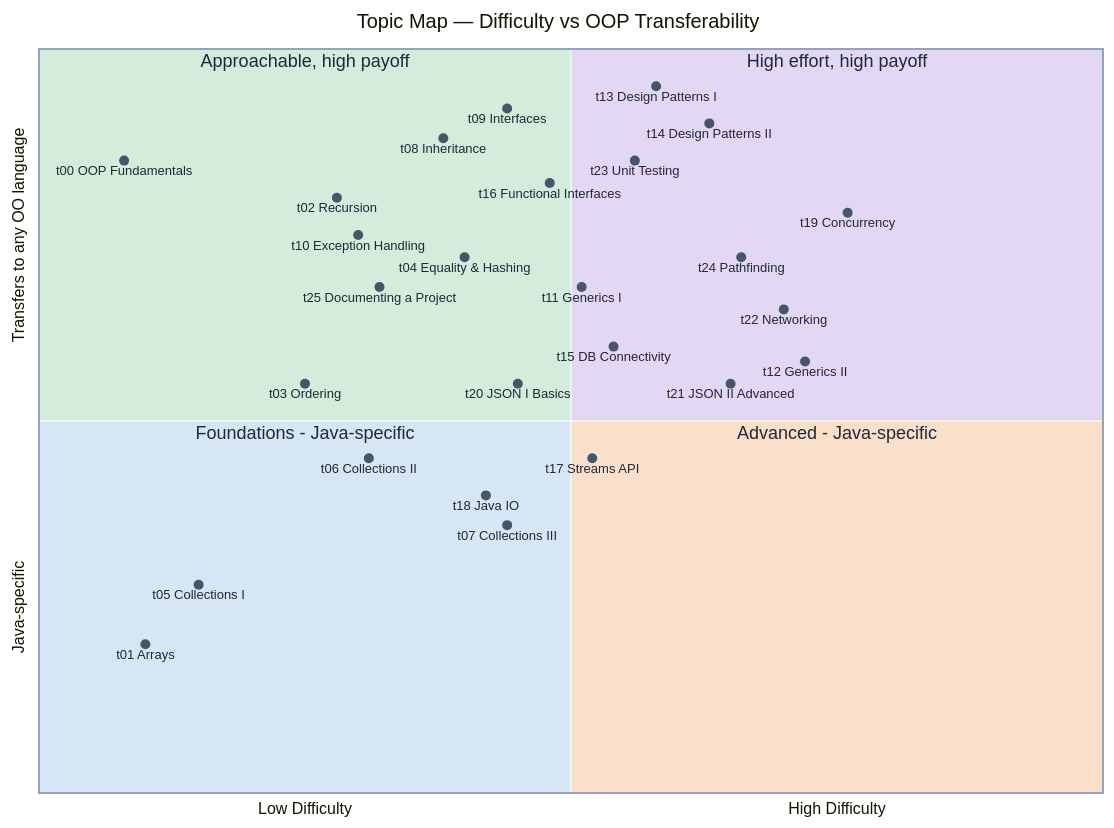
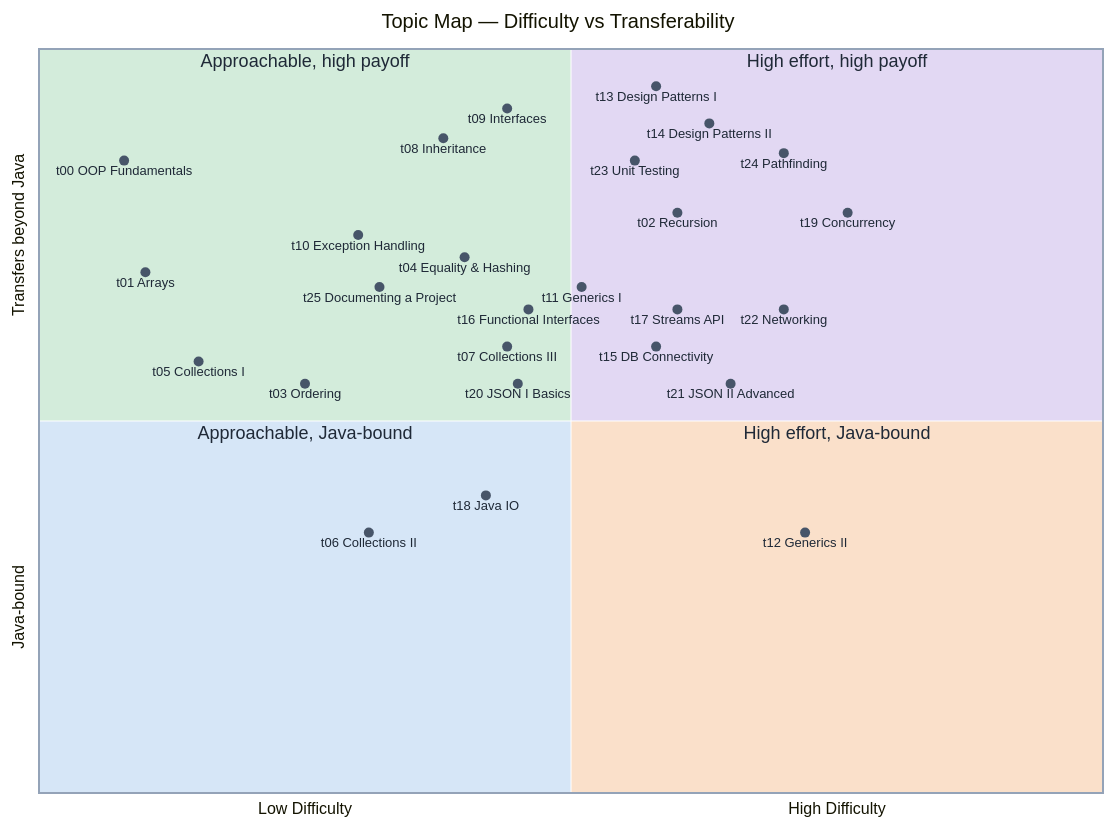
The second of 2 diagrams in README.md (nmcguinness/L8-OOP-Module-Content), drawn with Mermaid before and after one commit. The commit also changed other lines of this file and 2 other files, not shown here.

Commit message:
Updated quadrant diagram to reflect difficulty of amended topics

````diff
--- a/README.md
+++ b/README.md
@@ -174,39 +174,39 @@
 ```mermaid
 %%{init: {"quadrantChart": {"chartWidth": 1100, "chartHeight": 820, "pointLabelFontSize": 13, "pointRadius": 5, "quadrantLabelFontSize": 18, "titleFontSize": 20, "axisLabelFontSize": 14, "pointTextMargin": 4}, "themeVariables": {"quadrant1Fill": "#E2D8F3", "quadrant2Fill": "#D3ECDB", "quadrant3Fill": "#D6E6F7", "quadrant4Fill": "#FAE0CA", "quadrant1TextFill": "#1F2937", "quadrant2TextFill": "#1F2937", "quadrant3TextFill": "#1F2937", "quadrant4TextFill": "#1F2937", "quadrantPointFill": "#475569", "quadrantPointTextFill": "#1F2937", "quadrantInternalBorderStrokeFill": "#FFFFFF", "quadrantExternalBorderStrokeFill": "#94A3B8"}, "themeCSS": ".quadrant text { font-weight: 700; }"}}%%
 quadrantChart
-    accTitle: Topic map - difficulty against how well each topic transfers beyond Java
-    accDescr: Each topic is plotted on two axes. The x-axis is difficulty, low to high. The y-axis is how well the idea transfers to other object-oriented languages, from Java-specific at the bottom to widely transferable at the top. Topics in the top right cost the most effort and give the most lasting value; those in the bottom left are Java-specific foundations.
-    title Topic Map — Difficulty vs OOP Transferability
+    accTitle: Topic map - difficulty against how far each topic transfers beyond Java
+    accDescr: Each topic is plotted on two axes. The x-axis is difficulty, low to high. The y-axis is how far the idea transfers beyond Java, from Java-bound at the bottom to widely transferable at the top. Topics in the top right cost the most effort and give the most lasting value; those in the bottom half are tied more closely to Java.
+    title Topic Map — Difficulty vs Transferability
     x-axis Low Difficulty --> High Difficulty
-    y-axis Java-specific --> Transfers to any OO language
+    y-axis Java-bound --> Transfers beyond Java
     quadrant-1 High effort, high payoff
     quadrant-2 Approachable, high payoff
-    quadrant-3 Foundations - Java-specific
-    quadrant-4 Advanced - Java-specific
+    quadrant-3 Approachable, Java-bound
+    quadrant-4 High effort, Java-bound
     t00 OOP Fundamentals: [0.08, 0.85]
-    t01 Arrays: [0.10, 0.20]
-    t02 Recursion: [0.28, 0.80]
+    t01 Arrays: [0.10, 0.70]
+    t02 Recursion: [0.60, 0.78]
     t03 Ordering: [0.25, 0.55]
     t04 Equality & Hashing: [0.40, 0.72]
-    t05 Collections I: [0.15, 0.28]
-    t06 Collections II: [0.31, 0.45]
-    t07 Collections III: [0.44, 0.36]
+    t05 Collections I: [0.15, 0.58]
+    t06 Collections II: [0.31, 0.35]
+    t07 Collections III: [0.44, 0.60]
     t08 Inheritance: [0.38, 0.88]
     t09 Interfaces: [0.44, 0.92]
     t10 Exception Handling: [0.30, 0.75]
     t11 Generics I: [0.51, 0.68]
-    t12 Generics II: [0.72, 0.58]
+    t12 Generics II: [0.72, 0.35]
     t13 Design Patterns I: [0.58, 0.95]
     t14 Design Patterns II: [0.63, 0.90]
-    t15 DB Connectivity: [0.54, 0.60]
-    t16 Functional Interfaces: [0.48, 0.82]
-    t17 Streams API: [0.52, 0.45]
+    t15 DB Connectivity: [0.58, 0.60]
+    t16 Functional Interfaces: [0.46, 0.65]
+    t17 Streams API: [0.60, 0.65]
     t18 Java IO: [0.42, 0.40]
     t19 Concurrency: [0.76, 0.78]
     t20 JSON I Basics: [0.45, 0.55]
     t21 JSON II Advanced: [0.65, 0.55]
     t22 Networking: [0.70, 0.65]
     t23 Unit Testing: [0.56, 0.85]
-    t24 Pathfinding: [0.66, 0.72]
+    t24 Pathfinding: [0.70, 0.86]
     t25 Documenting a Project: [0.32, 0.68]
 ```
````
